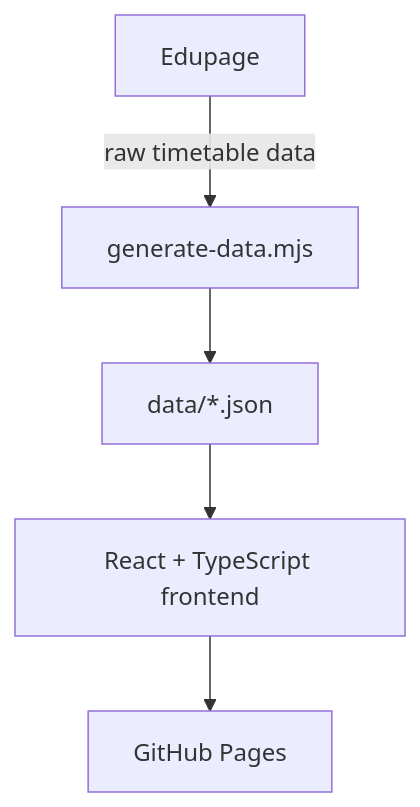
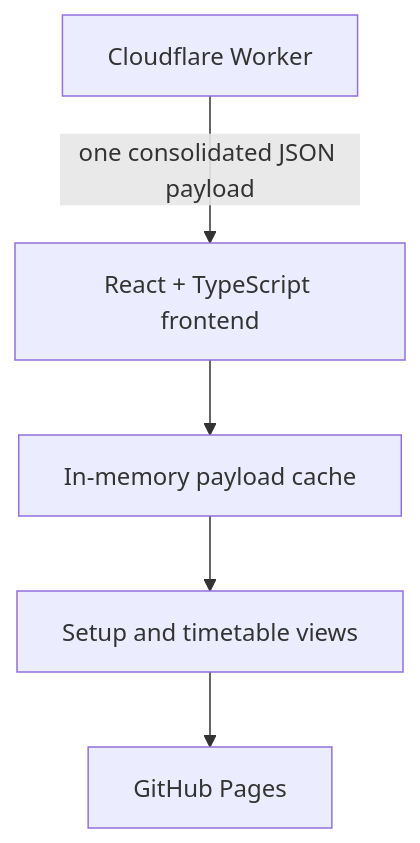
The diagram in docs/architecture.md (hacker30083/tt), drawn with Mermaid before and after one commit. The commit also changed other lines of this file and 15 other files, not shown here.

````diff
--- a/docs/architecture.md
+++ b/docs/architecture.md
@@ -7,7 +7,7 @@
 ```mermaid
 flowchart TD
-    A[Edupage] -->|raw timetable data| B[generate-data.mjs]
-    B --> C[data/*.json]
-    C --> D[React + TypeScript frontend]
+    A[Cloudflare Worker] -->|one consolidated JSON payload| B[React + TypeScript frontend]
+    B --> C[In-memory payload cache]
+    C --> D[Setup and timetable views]
     D --> E[GitHub Pages]
 ```
````
